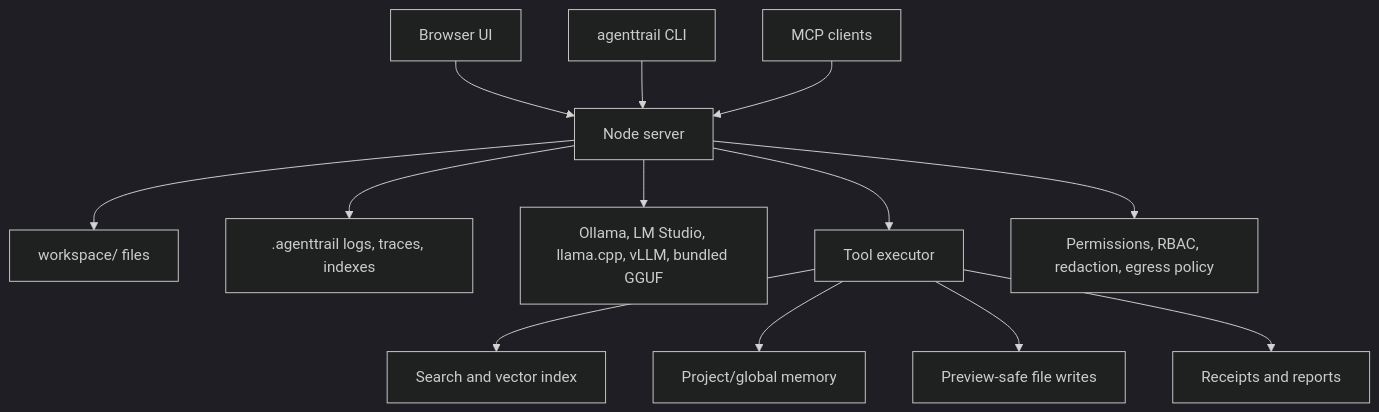
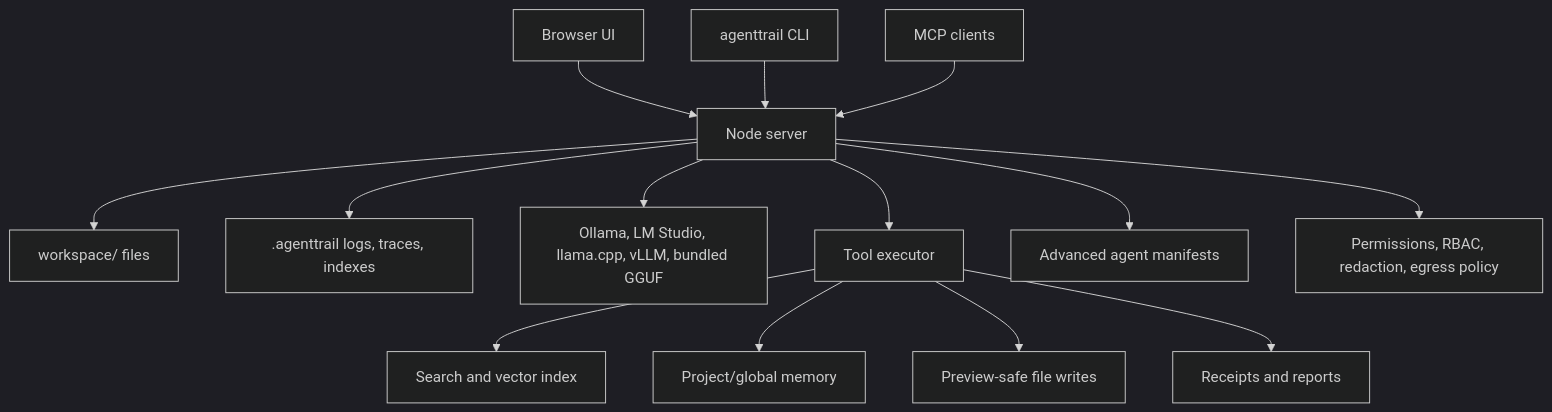
Before and after one commit to Mughal-Baig/local-ai-agent: the diagram in docs/ARCHITECTURE.md, drawn with Mermaid (dark theme). The commit also changed other lines of this file and 24 other files, not shown here.

Commit message:
Complete Epic AD advanced agent

````diff
--- a/docs/ARCHITECTURE.md
+++ b/docs/ARCHITECTURE.md
@@ -7,15 +7,16 @@
 ```mermaid
 flowchart TB
   Browser["Browser UI"] --> Server["Node server"]
   CLI["agenttrail CLI"] --> Server
   MCP["MCP clients"] --> Server
   Server --> Workspace["workspace/ files"]
   Server --> Store[".agenttrail logs, traces, indexes"]
   Server --> Models["Ollama, LM Studio, llama.cpp, vLLM, bundled GGUF"]
   Server --> Tools["Tool executor"]
   Tools --> Search["Search and vector index"]
   Tools --> Memory["Project/global memory"]
   Tools --> Diff["Preview-safe file writes"]
   Tools --> Receipts["Receipts and reports"]
+  Server --> Advanced["Advanced agent manifests"]
   Server --> Security["Permissions, RBAC, redaction, egress policy"]
 ```
````
